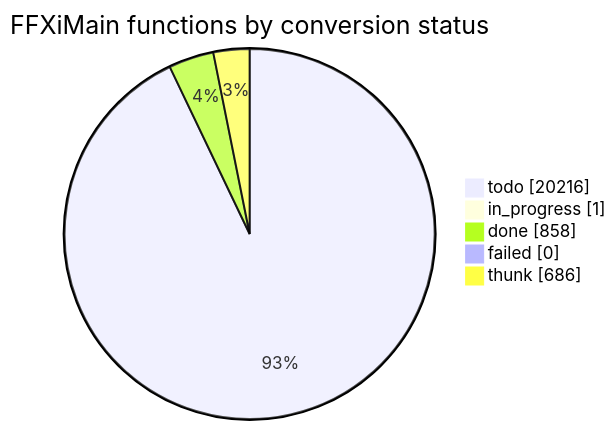
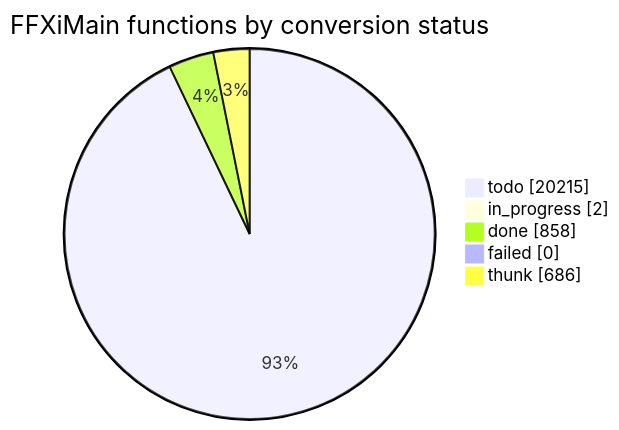
The diagram in docs/cow/STATUS.md (cowrevenge/cow_kuluu_xi_anything), drawn with Mermaid before and after one commit. The commit also changed other lines of this file and 6 other files, not shown here.

````diff
--- a/docs/cow/STATUS.md
+++ b/docs/cow/STATUS.md
@@ -18,9 +18,9 @@
 ```mermaid
 pie showData
     title FFXiMain functions by conversion status
-    "todo" : 20216
-    "in_progress" : 1
+    "todo" : 20215
+    "in_progress" : 2
     "done" : 858
     "failed" : 0
     "thunk" : 686
 ```
````
